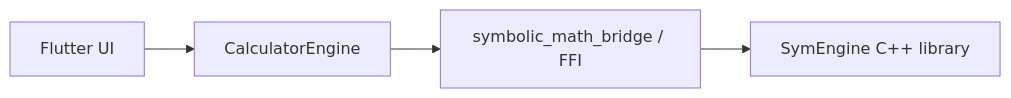
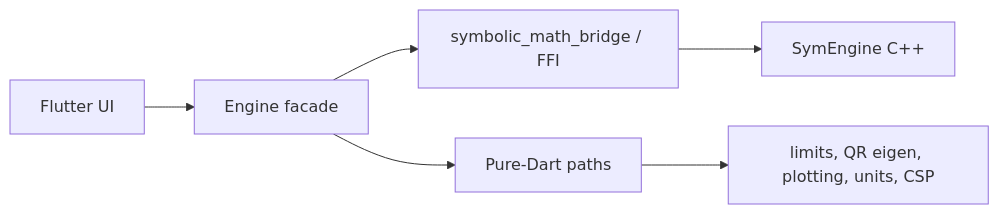
One commit to CrispStrobe/CrispMath changed the diagram in readme.md. Above: the diagram before and after it, drawn with Mermaid. The commit also changed other lines of this file, not shown here.

````diff
--- a/readme.md
+++ b/readme.md
@@ -86,6 +269,8 @@
 ```mermaid
 graph LR
-    A[Flutter UI] --> B[CalculatorEngine]
+    A[Flutter UI] --> B[Engine facade]
     B --> C[symbolic_math_bridge / FFI]
-    C --> D[SymEngine C++ library]
+    C --> D[SymEngine C++]
+    B --> E[Pure-Dart paths]
+    E --> F[limits, QR eigen, plotting, units, CSP]
 ```
````
